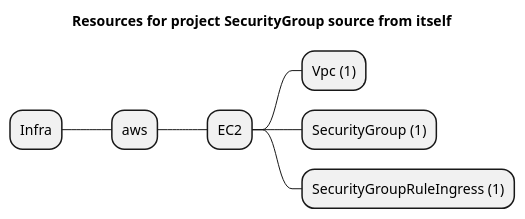
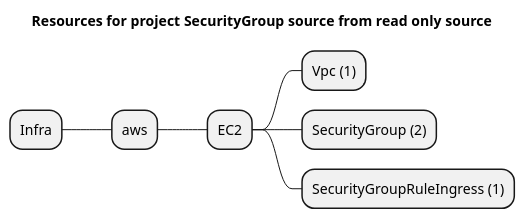
The diagram in examples/aws/ec2/securityGroupFrom/artifacts/resources-mindmap.puml (grucloud/grucloud), drawn with PlantUML before and after one commit. The commit also changed 135 other files, not shown here.

```diff
--- a/examples/aws/ec2/securityGroupFrom/artifacts/resources-mindmap.puml
+++ b/examples/aws/ec2/securityGroupFrom/artifacts/resources-mindmap.puml
@@ -1,10 +1,10 @@
 @startmindmap
-title Resources for project SecurityGroup source from itself
+title Resources for project SecurityGroup source from read only source
 skinparam monochrome true
 + Infra
 ++ aws
 +++ EC2
 ++++ Vpc (1)
-++++ SecurityGroup (1)
+++++ SecurityGroup (2)
 ++++ SecurityGroupRuleIngress (1)
 @endmindmap
```
